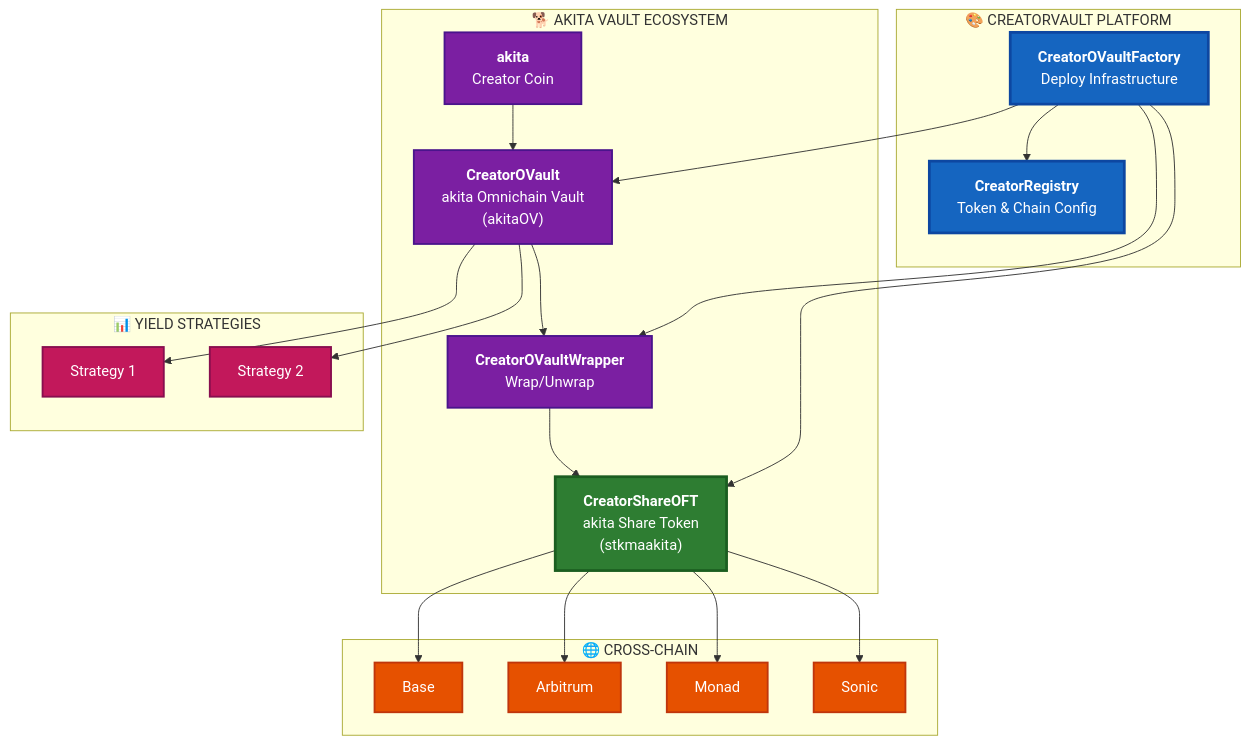
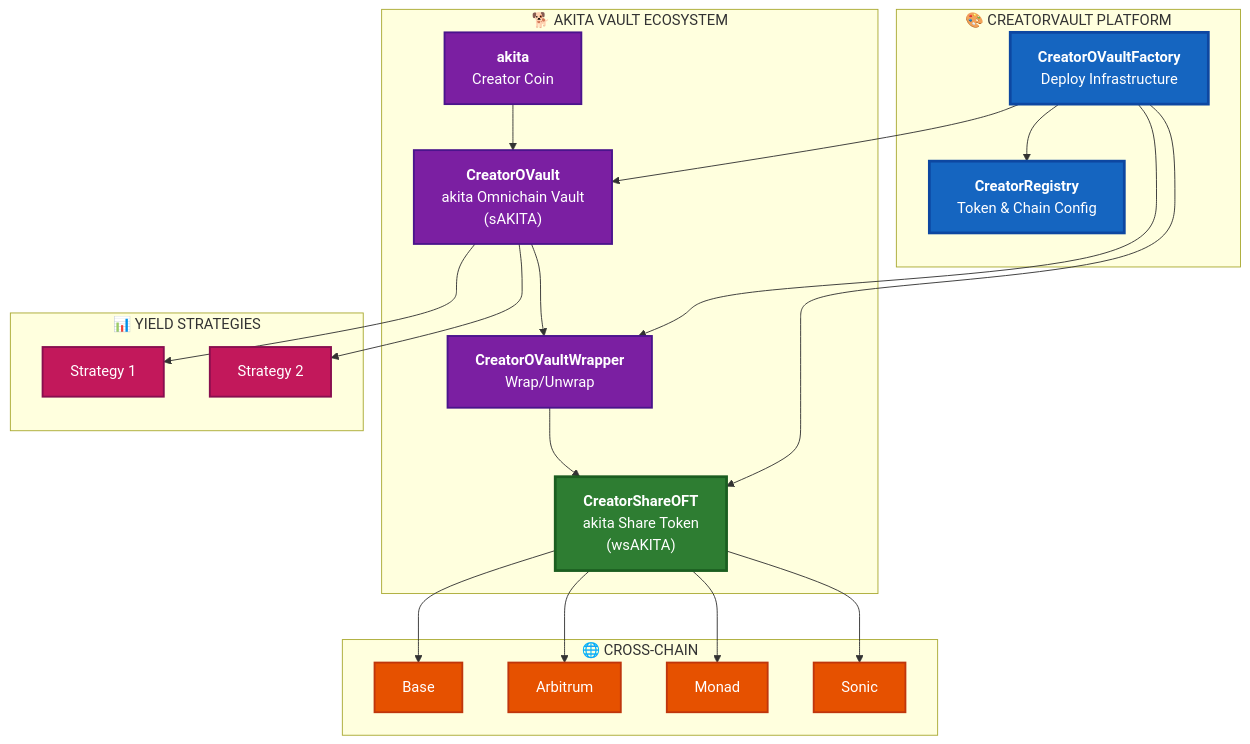
The diagram in README.md (4626fun/4626), drawn with Mermaid before and after one commit. The commit also changed other lines of this file and 13 other files, not shown here.

First line of the commit message:
refactor: implement clean 2-click flow for vault launch

````diff
--- a/README.md
+++ b/README.md
@@ -37,54 +37,54 @@
 ```mermaid
 graph TB
     subgraph CreatorVault["🎨 CREATORVAULT PLATFORM"]
         Registry["<b>CreatorRegistry</b><br/>Token & Chain Config"]
         Factory["<b>CreatorOVaultFactory</b><br/>Deploy Infrastructure"]
     end
 
     subgraph AkitaVault["🐕 AKITA VAULT ECOSYSTEM"]
         Token["<b>akita</b><br/>Creator Coin"]
-        Vault["<b>CreatorOVault</b><br/>akita Omnichain Vault<br/>(akitaOV)"]
+        Vault["<b>CreatorOVault</b><br/>akita Omnichain Vault<br/>(sAKITA)"]
         Wrapper["<b>CreatorOVaultWrapper</b><br/>Wrap/Unwrap"]
-        OFT["<b>CreatorShareOFT</b><br/>akita Share Token<br/>(stkmaakita)"]
+        OFT["<b>CreatorShareOFT</b><br/>akita Share Token<br/>(wsAKITA)"]
     end
 
     subgraph Strategies["📊 YIELD STRATEGIES"]
         S1["Strategy 1"]
         S2["Strategy 2"]
     end
 
     subgraph Chains["🌐 CROSS-CHAIN"]
         Base["Base"]
         Arb["Arbitrum"]
         Monad["Monad"]
         Sonic["Sonic"]
     end
 
     Factory --> Vault
     Factory --> Wrapper
     Factory --> OFT
     Factory --> Registry
 
     Token --> Vault
     Vault --> Wrapper
     Wrapper --> OFT
     Vault --> S1
     Vault --> S2
 
     OFT --> Base
     OFT --> Arb
     OFT --> Monad
     OFT --> Sonic
 
     classDef platform fill:#1565C0,stroke:#0D47A1,stroke-width:3px,color:#FFFFFF
     classDef vault fill:#7B1FA2,stroke:#4A148C,stroke-width:2px,color:#FFFFFF
     classDef oft fill:#2E7D32,stroke:#1B5E20,stroke-width:3px,color:#FFFFFF
     classDef chain fill:#E65100,stroke:#BF360C,stroke-width:2px,color:#FFFFFF
     classDef strategy fill:#C2185B,stroke:#880E4F,stroke-width:2px,color:#FFFFFF
 
     class Registry,Factory platform
     class Token,Vault,Wrapper vault
     class OFT oft
     class Base,Arb,Monad,Sonic chain
     class S1,S2 strategy
 ```
````
